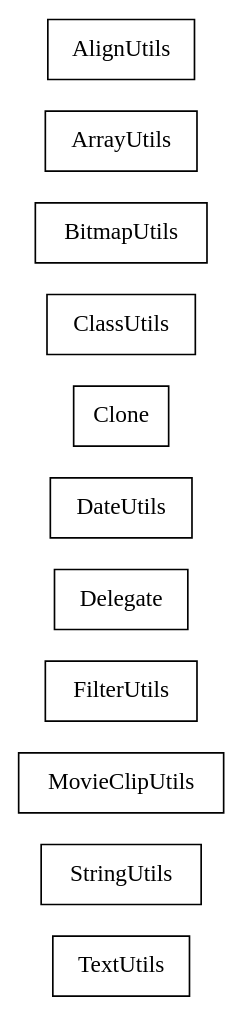
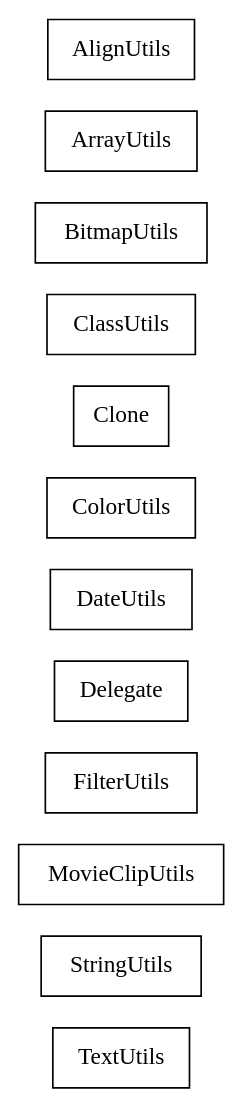
One commit to sekati/sasapi changed the diagram in docs/com/sekati/utils/classes.dot. Above: the diagram before and after it, drawn with Graphviz. The commit also changed 52 other files, not shown here.

```diff
--- a/docs/com/sekati/utils/classes.dot
+++ b/docs/com/sekati/utils/classes.dot
@@ -1,69 +1,75 @@
 strict digraph class_diagram {
   rankdir=LR;
   TypeTextUtils[
     label="TextUtils",
     URL="TextUtils.html",
     tooltip="com.sekati.utils.TextUtils",
     shape="record"
   ];
   TypeStringUtils[
     label="StringUtils",
     URL="StringUtils.html",
     tooltip="com.sekati.utils.StringUtils",
     shape="record"
   ];
   TypeMovieClipUtils[
     label="MovieClipUtils",
     URL="MovieClipUtils.html",
     tooltip="com.sekati.utils.MovieClipUtils",
     shape="record"
   ];
   TypeFilterUtils[
     label="FilterUtils",
     URL="FilterUtils.html",
     tooltip="com.sekati.utils.FilterUtils",
     shape="record"
   ];
   TypeDelegate[
     label="Delegate",
     URL="Delegate.html",
     tooltip="com.sekati.utils.Delegate",
     shape="record"
   ];
   TypeDateUtils[
     label="DateUtils",
     URL="DateUtils.html",
     tooltip="com.sekati.utils.DateUtils",
     shape="record"
   ];
+  TypeColorUtils[
+    label="ColorUtils",
+    URL="ColorUtils.html",
+    tooltip="com.sekati.utils.ColorUtils",
+    shape="record"
+  ];
   TypeClone[
     label="Clone",
     URL="Clone.html",
     tooltip="com.sekati.utils.Clone",
     shape="record"
   ];
   TypeClassUtils[
     label="ClassUtils",
     URL="ClassUtils.html",
     tooltip="com.sekati.utils.ClassUtils",
     shape="record"
   ];
   TypeBitmapUtils[
     label="BitmapUtils",
     URL="BitmapUtils.html",
     tooltip="com.sekati.utils.BitmapUtils",
     shape="record"
   ];
   TypeArrayUtils[
     label="ArrayUtils",
     URL="ArrayUtils.html",
     tooltip="com.sekati.utils.ArrayUtils",
     shape="record"
   ];
   TypeAlignUtils[
     label="AlignUtils",
     URL="AlignUtils.html",
     tooltip="com.sekati.utils.AlignUtils",
     shape="record"
   ];
 }
```
